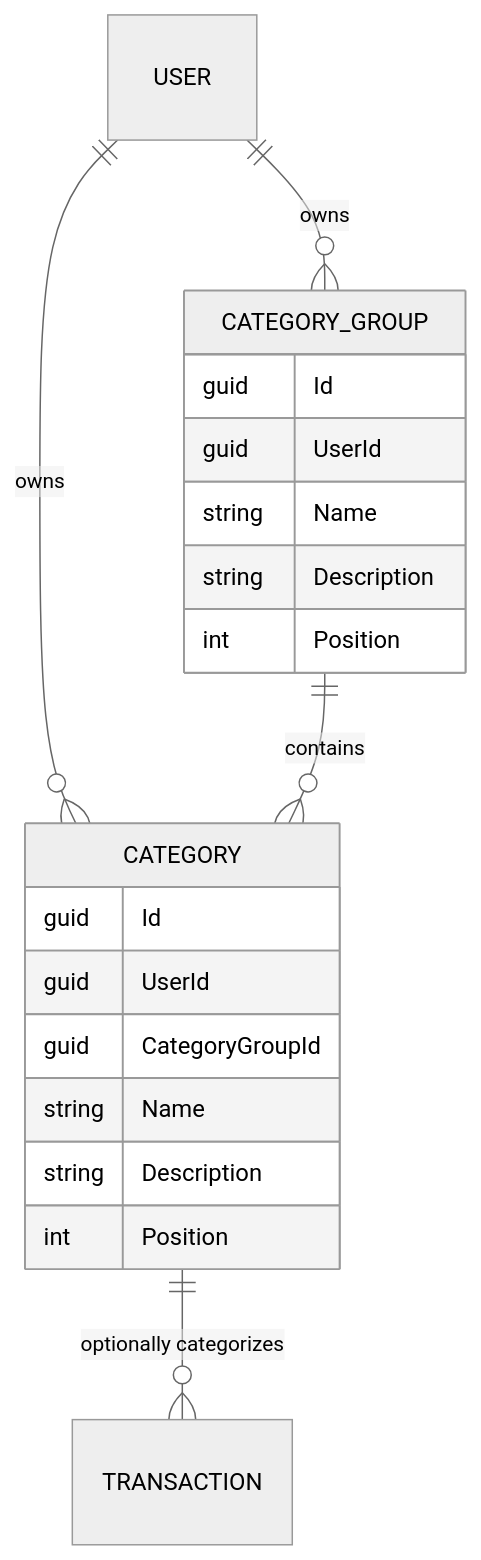
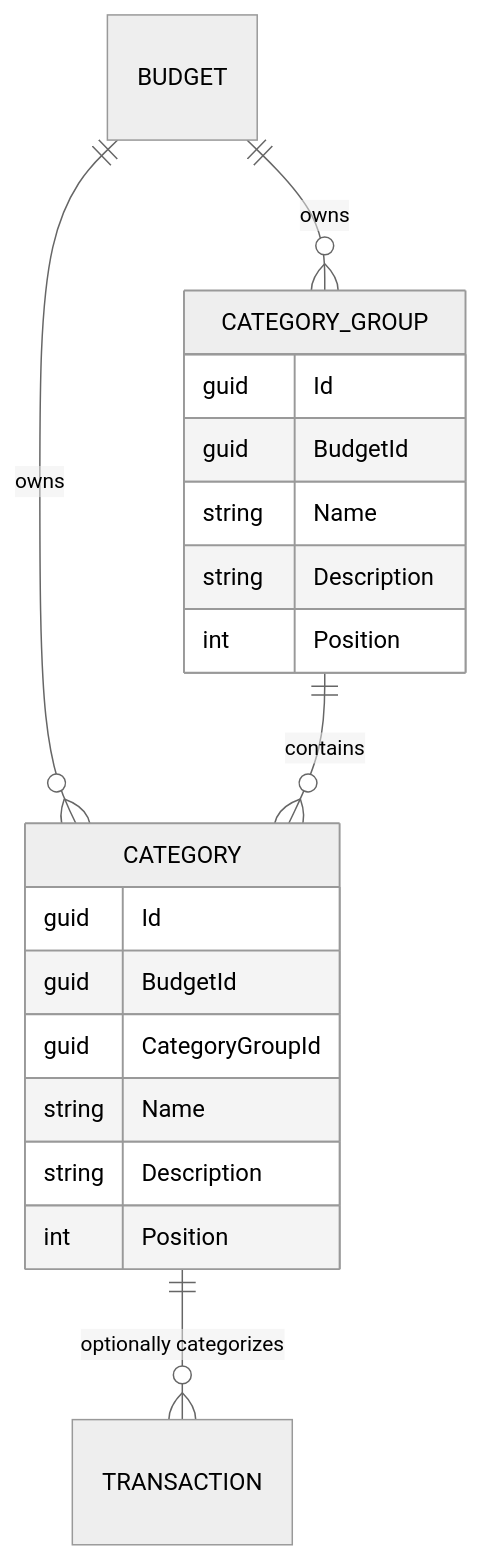
One commit to anton-kochev/budgetoid changed the diagram in docs/business-logic/categories.md. Above: the diagram before and after it, drawn with Mermaid (neutral theme). The commit also changed other lines of this file and 63 other files, not shown here.

First line of the commit message:
feat: scope ownership to a budget instead of a user

````diff
--- a/docs/business-logic/categories.md
+++ b/docs/business-logic/categories.md
@@ -26,22 +26,22 @@
 ```mermaid
 erDiagram
-    USER ||--o{ CATEGORY_GROUP : owns
-    USER ||--o{ CATEGORY : owns
+    BUDGET ||--o{ CATEGORY_GROUP : owns
+    BUDGET ||--o{ CATEGORY : owns
     CATEGORY_GROUP ||--o{ CATEGORY : contains
     CATEGORY ||--o{ TRANSACTION : "optionally categorizes"
     CATEGORY_GROUP {
         guid Id
-        guid UserId
+        guid BudgetId
         string Name
         string Description
         int Position
     }
     CATEGORY {
         guid Id
-        guid UserId
+        guid BudgetId
         guid CategoryGroupId
         string Name
         string Description
         int Position
     }
 ```
````
